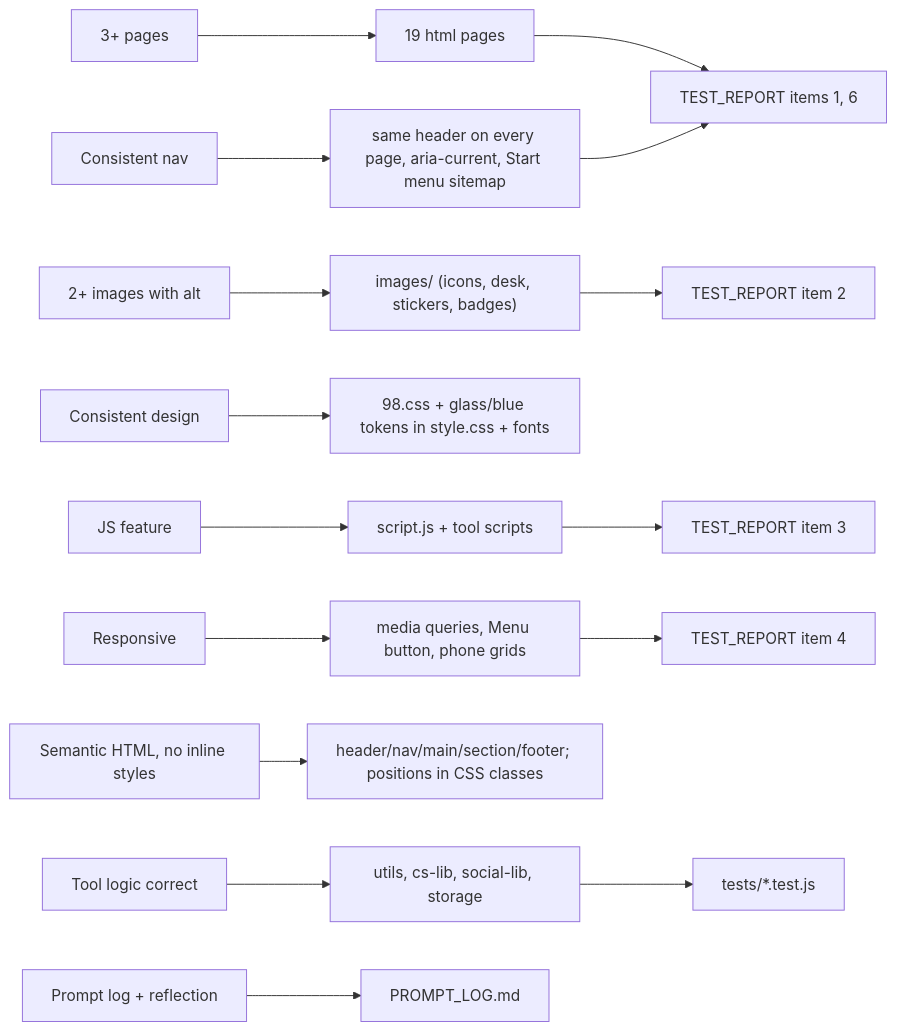
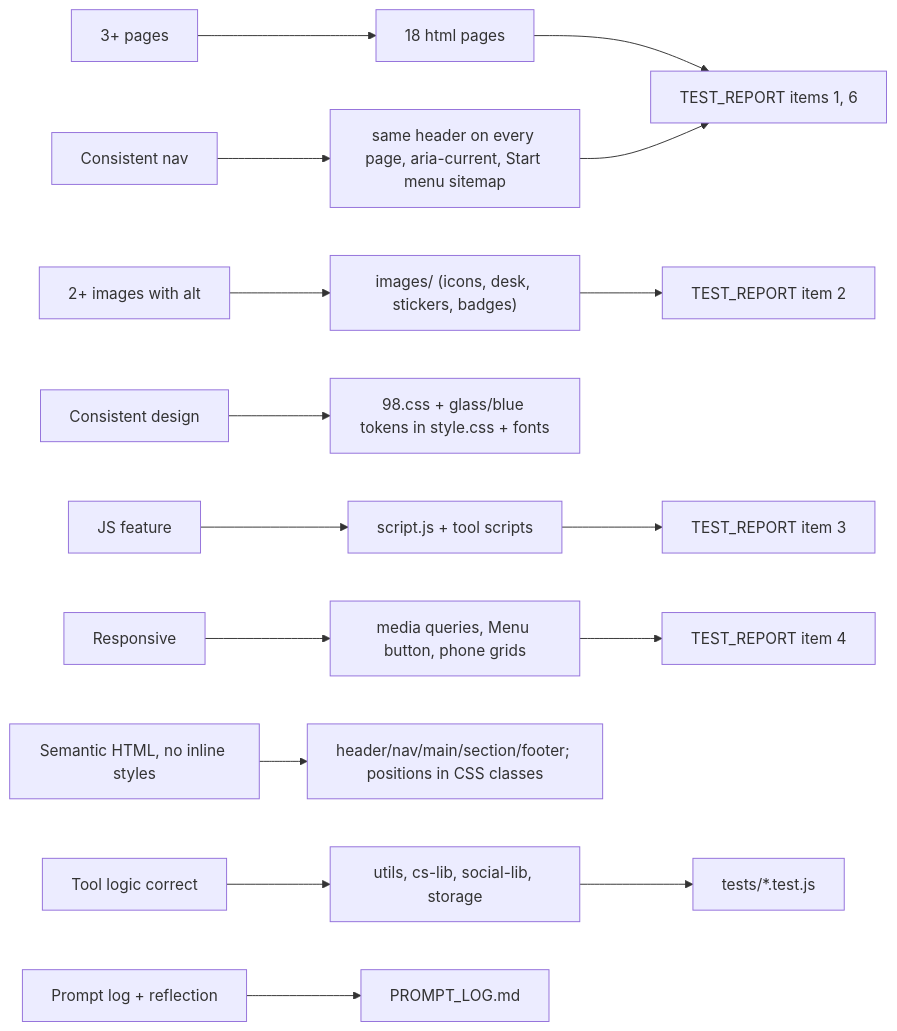
One commit to ChrisMedkit/CS-235-IntroToAI changed diagram 13 of 13 in DIAGRAM.md. Above: the diagram before and after it, drawn with Mermaid. The commit also changed other lines of this file and 30 other files, not shown here.

````diff
--- a/DIAGRAM.md
+++ b/DIAGRAM.md
@@ -230,17 +228,17 @@
 ```mermaid
 flowchart LR
-  R1["3+ pages"] --> C1["19 html pages"]
+  R1["3+ pages"] --> C1["18 html pages"]
   R2["Consistent nav"] --> C2["same header on every page, aria-current, Start menu sitemap"]
   R3["2+ images with alt"] --> C3["images/ (icons, desk, stickers, badges)"]
   R4["Consistent design"] --> C4["98.css + glass/blue tokens in style.css + fonts"]
   R5["JS feature"] --> C5["script.js + tool scripts"]
   R6["Responsive"] --> C6["media queries, Menu button, phone grids"]
   R7["Semantic HTML, no inline styles"] --> C7["header/nav/main/section/footer; positions in CSS classes"]
   R8["Tool logic correct"] --> C8["utils, cs-lib, social-lib, storage"]
   C8 --> T1["tests/*.test.js"]
   C5 --> T2["TEST_REPORT item 3"]
   C1 & C2 --> T3["TEST_REPORT items 1, 6"]
   C6 --> T4["TEST_REPORT item 4"]
   C3 --> T5["TEST_REPORT item 2"]
   R9["Prompt log + reflection"] --> C9["PROMPT_LOG.md"]
 ```
````
